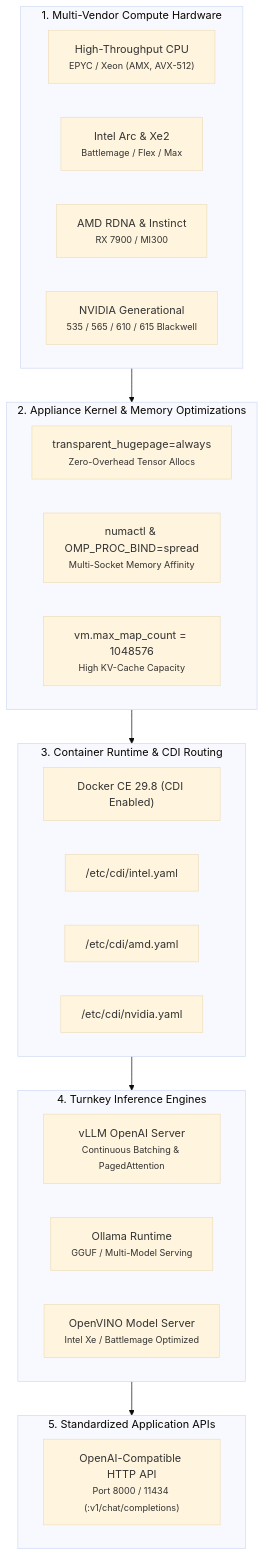
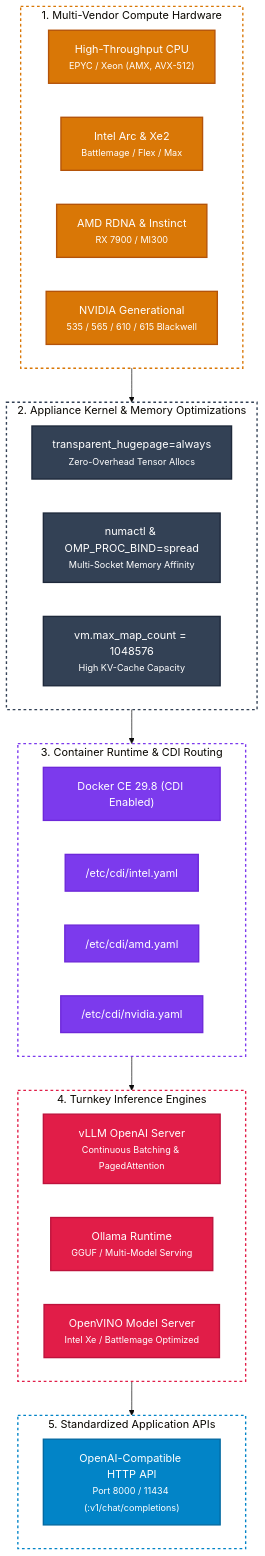
The diagram in docs/flavors/ai-infer.md (lusoris/lusoris-cloud-images), drawn with Mermaid (base theme) before and after one commit. The commit also changed 53 other files, not shown here.

First line of the commit message:
feat(agents): implement ai studio managed agents fleet, compliance pipeline, and diagram styling (#24)

````diff
--- a/docs/flavors/ai-infer.md
+++ b/docs/flavors/ai-infer.md
@@ -20,37 +20,50 @@
 ```mermaid
 flowchart TD
+    %% Semantic class definitions with vibrant, high-contrast jewel palettes
+    classDef hw fill:#d97706,stroke:#b45309,stroke-width:2px,color:#ffffff
+    classDef kernel fill:#334155,stroke:#1e293b,stroke-width:2px,color:#ffffff
+    classDef cdi fill:#7c3aed,stroke:#6d28d9,stroke-width:2px,color:#ffffff
+    classDef engine fill:#e11d48,stroke:#be123c,stroke-width:2px,color:#ffffff
+    classDef api fill:#0284c7,stroke:#0369a1,stroke-width:2px,color:#ffffff
+
     subgraph Hardware["1. Multi-Vendor Compute Hardware"]
-        CPU["High-Throughput CPU<br/><small>EPYC / Xeon (AMX, AVX-512)</small>"]
-        Intel["Intel Arc & Xe2<br/><small>Battlemage / Flex / Max</small>"]
-        AMD["AMD RDNA & Instinct<br/><small>RX 7900 / MI300</small>"]
-        Nvidia["NVIDIA Generational<br/><small>535 / 565 / 610 / 615 Blackwell</small>"]
+        CPU["High-Throughput CPU<br/><small>EPYC / Xeon (AMX, AVX-512)</small>"]:::hw
+        Intel["Intel Arc & Xe2<br/><small>Battlemage / Flex / Max</small>"]:::hw
+        AMD["AMD RDNA & Instinct<br/><small>RX 7900 / MI300</small>"]:::hw
+        Nvidia["NVIDIA Generational<br/><small>535 / 565 / 610 / 615 Blackwell</small>"]:::hw
     end
 
     subgraph KernelTuning["2. Appliance Kernel & Memory Optimizations"]
-        THP["transparent_hugepage=always<br/><small>Zero-Overhead Tensor Allocs</small>"]
-        NUMA["numactl & OMP_PROC_BIND=spread<br/><small>Multi-Socket Memory Affinity</small>"]
-        Limits["vm.max_map_count = 1048576<br/><small>High KV-Cache Capacity</small>"]
+        THP["transparent_hugepage=always<br/><small>Zero-Overhead Tensor Allocs</small>"]:::kernel
+        NUMA["numactl & OMP_PROC_BIND=spread<br/><small>Multi-Socket Memory Affinity</small>"]:::kernel
+        Limits["vm.max_map_count = 1048576<br/><small>High KV-Cache Capacity</small>"]:::kernel
     end
 
     subgraph RuntimeCDI["3. Container Runtime & CDI Routing"]
-        Docker["Docker CE 29.8 (CDI Enabled)"]
-        CDI_Intel["/etc/cdi/intel.yaml"]
-        CDI_AMD["/etc/cdi/amd.yaml"]
-        CDI_Nvidia["/etc/cdi/nvidia.yaml"]
+        Docker["Docker CE 29.8 (CDI Enabled)"]:::cdi
+        CDI_Intel["/etc/cdi/intel.yaml"]:::cdi
+        CDI_AMD["/etc/cdi/amd.yaml"]:::cdi
+        CDI_Nvidia["/etc/cdi/nvidia.yaml"]:::cdi
     end
 
     subgraph Engines["4. Turnkey Inference Engines"]
-        VLLM["vLLM OpenAI Server<br/><small>Continuous Batching & PagedAttention</small>"]
-        Ollama["Ollama Runtime<br/><small>GGUF / Multi-Model Serving</small>"]
-        OpenVINO["OpenVINO Model Server<br/><small>Intel Xe / Battlemage Optimized</small>"]
+        VLLM["vLLM OpenAI Server<br/><small>Continuous Batching & PagedAttention</small>"]:::engine
+        Ollama["Ollama Runtime<br/><small>GGUF / Multi-Model Serving</small>"]:::engine
+        OpenVINO["OpenVINO Model Server<br/><small>Intel Xe / Battlemage Optimized</small>"]:::engine
     end
 
     subgraph Clients["5. Standardized Application APIs"]
-        API["OpenAI-Compatible HTTP API<br/><small>Port 8000 / 11434 (:v1/chat/completions)</small>"]
+        API["OpenAI-Compatible HTTP API<br/><small>Port 8000 / 11434 (:v1/chat/completions)</small>"]:::api
     end
 
     Hardware --> KernelTuning
     KernelTuning --> RuntimeCDI
     RuntimeCDI --> Engines
     Engines --> Clients
+
+    style Hardware fill:none,stroke:#d97706,stroke-width:2px,stroke-dasharray: 4 4
+    style KernelTuning fill:none,stroke:#334155,stroke-width:2px,stroke-dasharray: 4 4
+    style RuntimeCDI fill:none,stroke:#7c3aed,stroke-width:2px,stroke-dasharray: 4 4
+    style Engines fill:none,stroke:#e11d48,stroke-width:2px,stroke-dasharray: 4 4
+    style Clients fill:none,stroke:#0284c7,stroke-width:2px,stroke-dasharray: 4 4
 ```
````
